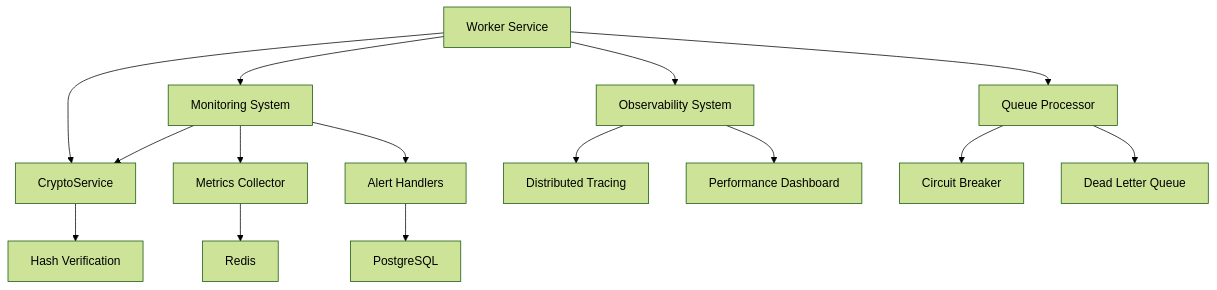
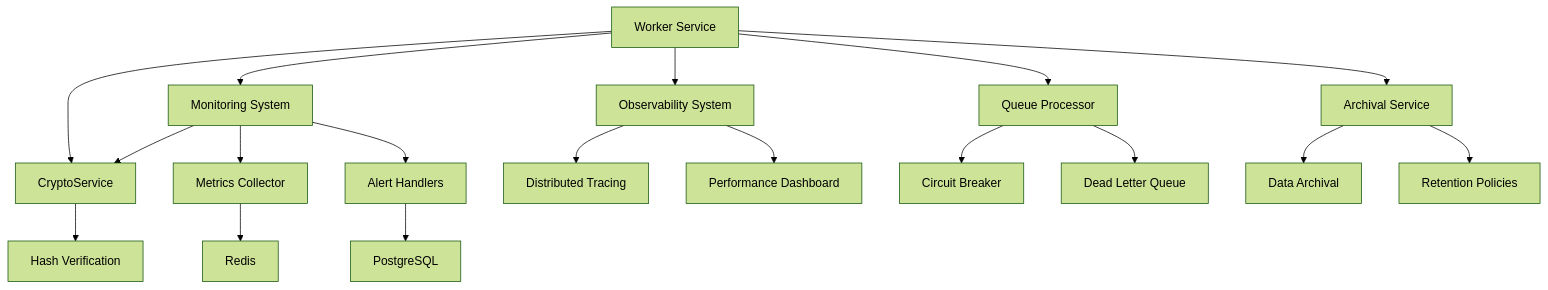
One commit to smedrec/smart-logs changed the first of 10 diagrams in .qoder/repowiki/en/content/Worker Service.md. Above: the diagram before and after it, drawn with Mermaid (forest theme). The commit also changed other lines of this file and 13 other files, not shown here.

````diff
--- a/.qoder/repowiki/en/content/Worker Service.md
+++ b/.qoder/repowiki/en/content/Worker Service.md
@@ -57,17 +61,20 @@
 ```mermaid
 graph TD
 A[Worker Service] --> B[Monitoring System]
 A --> C[Observability System]
 A --> D[Queue Processor]
 A --> E[CryptoService]
+A --> F[Archival Service]
 B --> E
-B --> F[Metrics Collector]
-B --> G[Alert Handlers]
-C --> H[Distributed Tracing]
-C --> I[Performance Dashboard]
-D --> J[Circuit Breaker]
-D --> K[Dead Letter Queue]
-E --> L[Hash Verification]
-F --> M[Redis]
-G --> N[PostgreSQL]
+B --> G[Metrics Collector]
+B --> H[Alert Handlers]
+C --> I[Distributed Tracing]
+C --> J[Performance Dashboard]
+D --> K[Circuit Breaker]
+D --> L[Dead Letter Queue]
+E --> M[Hash Verification]
+F --> N[Data Archival]
+F --> O[Retention Policies]
+G --> P[Redis]
+H --> Q[PostgreSQL]
 ```
````
